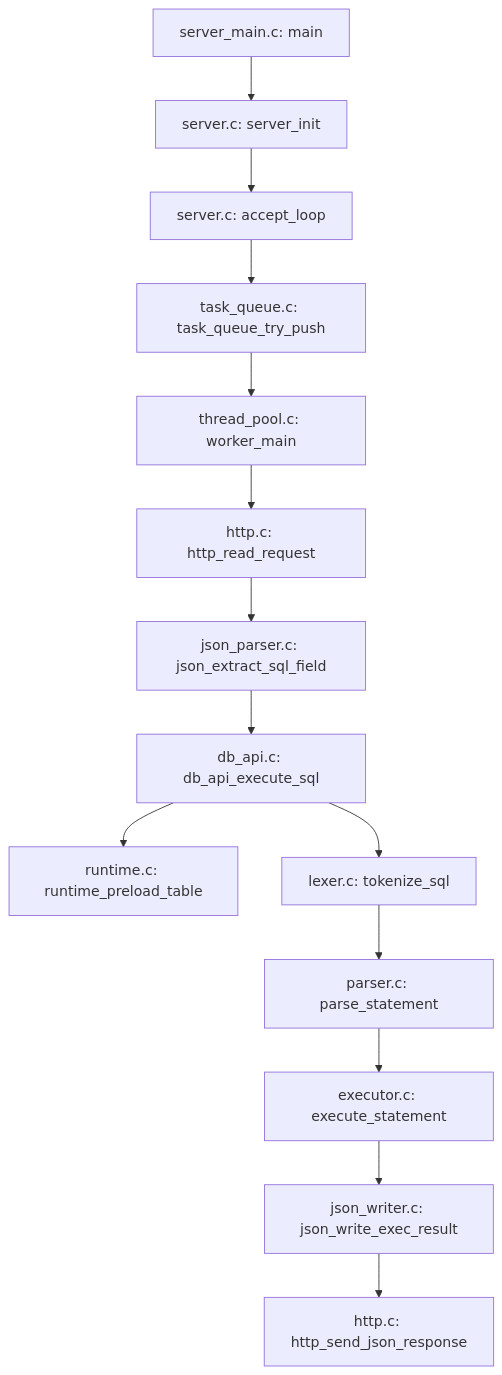
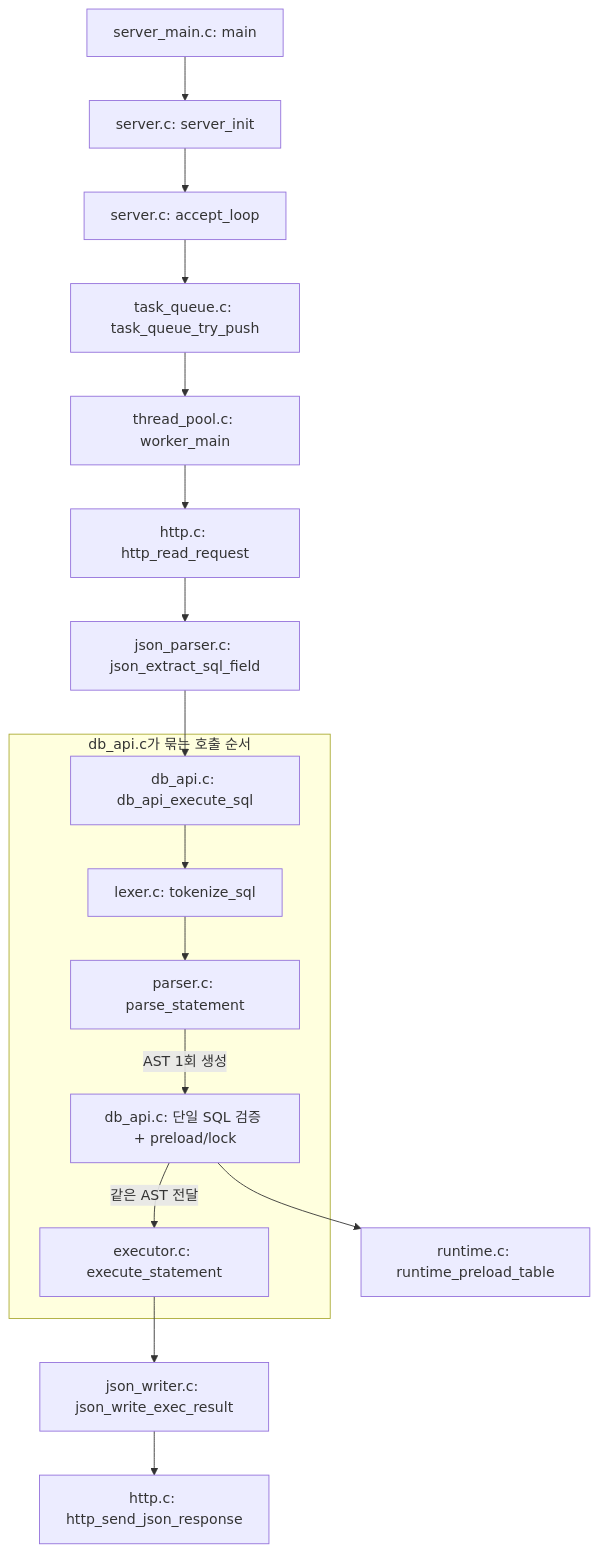
The seventh of 7 diagrams in docs/전체_흐름_이해_가이드.md (whiskend/Threaded_DB-API_Server), drawn with Mermaid before and after one commit. The commit also changed other lines of this file, not shown here.

Commit message:
docs: clarify db api flow in guide

````diff
--- a/docs/전체_흐름_이해_가이드.md
+++ b/docs/전체_흐름_이해_가이드.md
@@ -374,21 +398,28 @@
 ```mermaid
 flowchart TD
     A["server_main.c: main"]
     B["server.c: server_init"]
     C["server.c: accept_loop"]
     D["task_queue.c: task_queue_try_push"]
     E["thread_pool.c: worker_main"]
     F["http.c: http_read_request"]
     G["json_parser.c: json_extract_sql_field"]
-    H["db_api.c: db_api_execute_sql"]
     I["runtime.c: runtime_preload_table"]
-    J["lexer.c: tokenize_sql"]
-    K["parser.c: parse_statement"]
-    L["executor.c: execute_statement"]
+    
+    subgraph H["db_api.c가 묶는 호출 순서"]
+        H1["db_api.c: db_api_execute_sql"]
+        J["lexer.c: tokenize_sql"]
+        K["parser.c: parse_statement"]
+        H2["db_api.c: 단일 SQL 검증 + preload/lock"]
+        L["executor.c: execute_statement"]
+    end
+
     M["json_writer.c: json_write_exec_result"]
     N["http.c: http_send_json_response"]
 
-    A --> B --> C --> D --> E --> F --> G --> H
-    H --> I
-    H --> J --> K --> L --> M --> N
+    A --> B --> C --> D --> E --> F --> G --> H1
+    H1 --> J --> K
+    K -->|AST 1회 생성| H2
+    H2 --> I
+    H2 -->|같은 AST 전달| L --> M --> N
 ```
````
